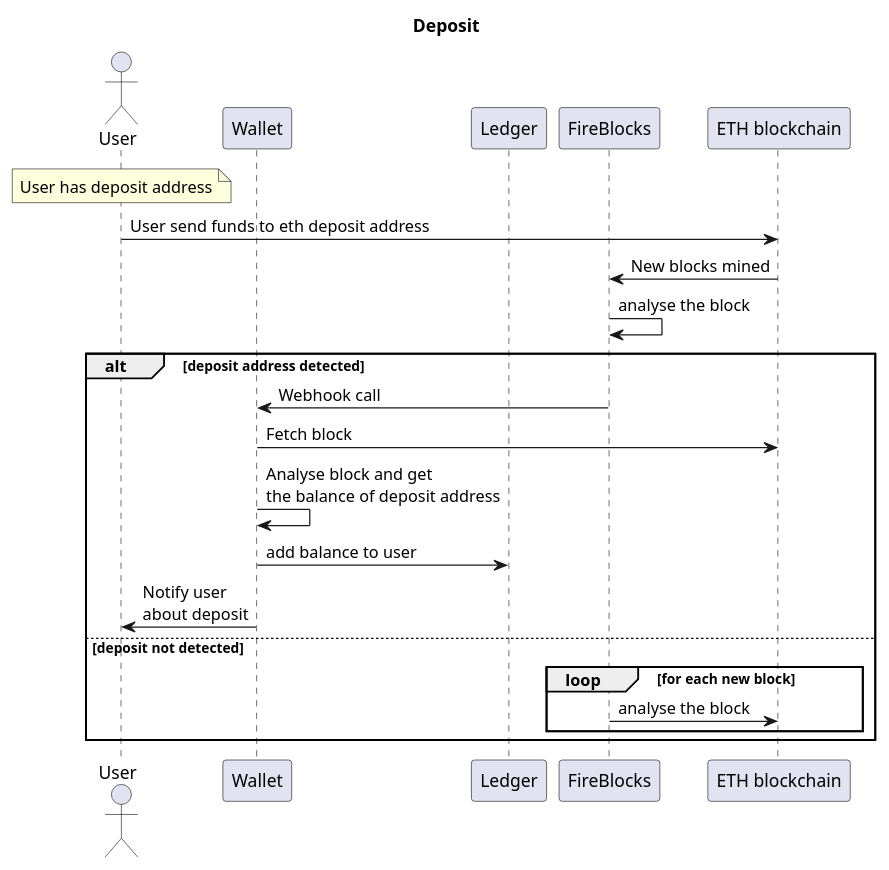
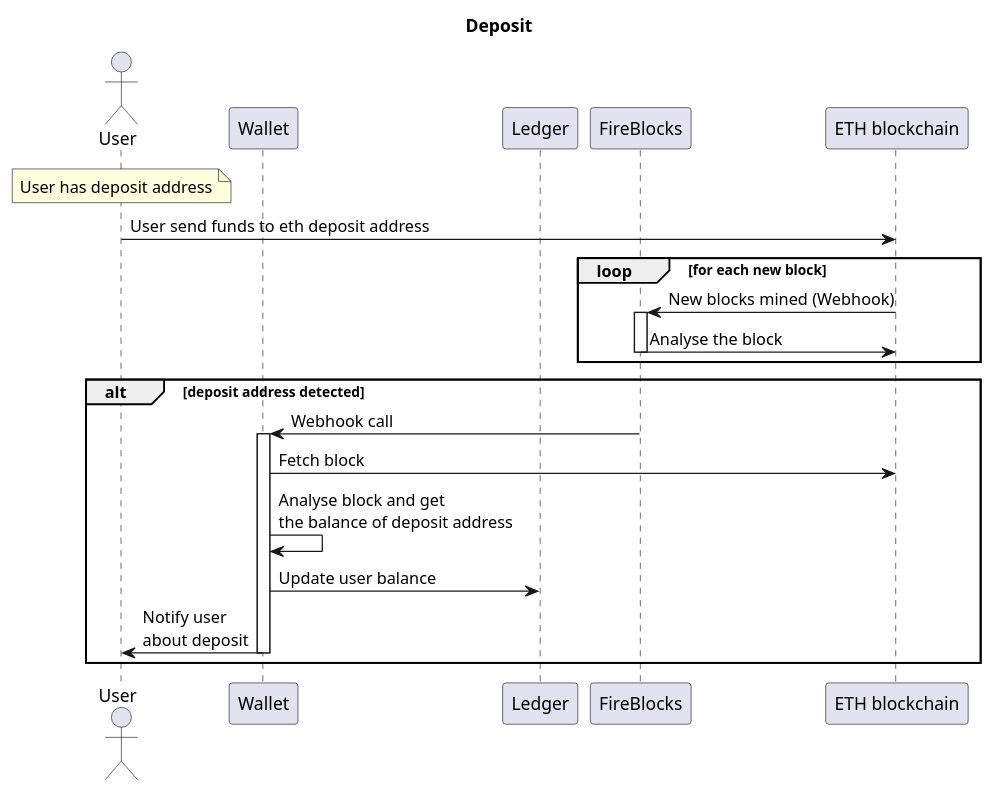
Before and after one commit to localtradersteam/Sequense-Diagrams: the diagram in deposit_sequence.puml, drawn with PlantUML. The commit also changed 3 other files, not shown here.

```diff
--- a/deposit_sequence.puml
+++ b/deposit_sequence.puml
@@ -1,28 +1,27 @@
 @startuml
 
 title "Deposit"
 
 actor "User" as u
 
 participant "Wallet" as wallet
 participant "Ledger" as ledger
 participant "FireBlocks" as fb
 participant "ETH blockchain" as eb
 
 note over u: User has deposit address
 
 u -> eb: User send funds to eth deposit address
-eb -> fb: New blocks mined
-fb -> fb: analyse the block
+loop for each new block
+eb -> fb++: New blocks mined (Webhook)
+fb -> eb--: Analyse the block
+end
+
 alt deposit address detected
-fb -> wallet: Webhook call
+fb -> wallet++: Webhook call
 wallet -> eb: Fetch block
 wallet -> wallet: Analyse block and get\nthe balance of deposit address
-wallet -> ledger: add balance to user
-wallet -> u: Notify user\nabout deposit
-else deposit not detected
-loop for each new block
-fb -> eb : analyse the block
-end
+wallet -> ledger: Update user balance
+wallet -> u--: Notify user\nabout deposit
 end group
 @enduml
```
